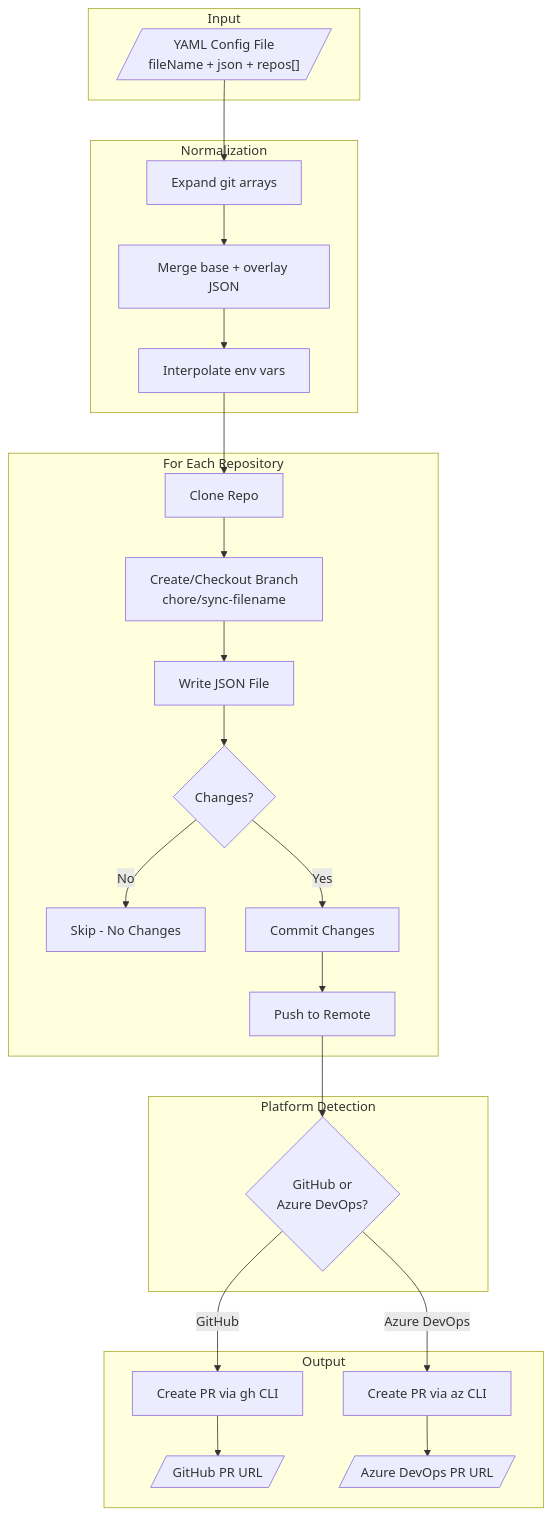
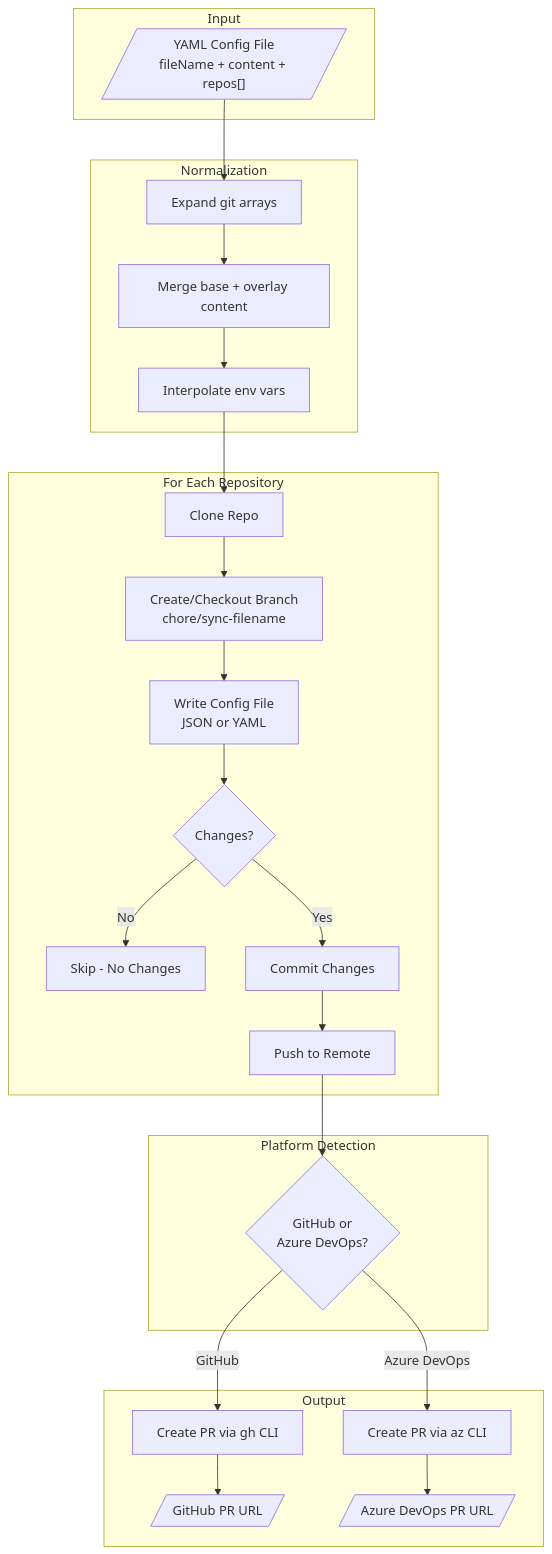
Before and after one commit to anthony-spruyt/json-config-sync: the diagram in README.md, drawn with Mermaid. The commit also changed other lines of this file and 10 other files, not shown here.

First line of the commit message:
feat: rename json to content and add YAML output support

````diff
--- a/README.md
+++ b/README.md
@@ -304,34 +305,34 @@
 ```mermaid
 flowchart TB
     subgraph Input
-        YAML[/"YAML Config File<br/>fileName + json + repos[]"/]
+        YAML[/"YAML Config File<br/>fileName + content + repos[]"/]
     end
 
     subgraph Normalization
-        EXPAND[Expand git arrays] --> MERGE[Merge base + overlay JSON]
+        EXPAND[Expand git arrays] --> MERGE[Merge base + overlay content]
         MERGE --> ENV[Interpolate env vars]
     end
 
     subgraph Processing["For Each Repository"]
         CLONE[Clone Repo] --> BRANCH[Create/Checkout Branch<br/>chore/sync-filename]
-        BRANCH --> WRITE[Write JSON File]
+        BRANCH --> WRITE[Write Config File<br/>JSON or YAML]
         WRITE --> CHECK{Changes?}
         CHECK -->|No| SKIP[Skip - No Changes]
         CHECK -->|Yes| COMMIT[Commit Changes]
         COMMIT --> PUSH[Push to Remote]
     end
 
     subgraph Platform["Platform Detection"]
         PUSH --> DETECT{GitHub or<br/>Azure DevOps?}
     end
 
     subgraph Output
         DETECT -->|GitHub| GH_PR[Create PR via gh CLI]
         DETECT -->|Azure DevOps| AZ_PR[Create PR via az CLI]
         GH_PR --> GH_URL[/"GitHub PR URL"/]
         AZ_PR --> AZ_URL[/"Azure DevOps PR URL"/]
     end
 
     YAML --> EXPAND
     ENV --> CLONE
 ```
````
